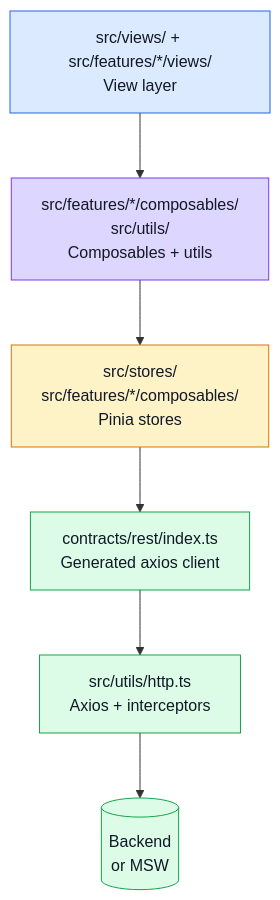
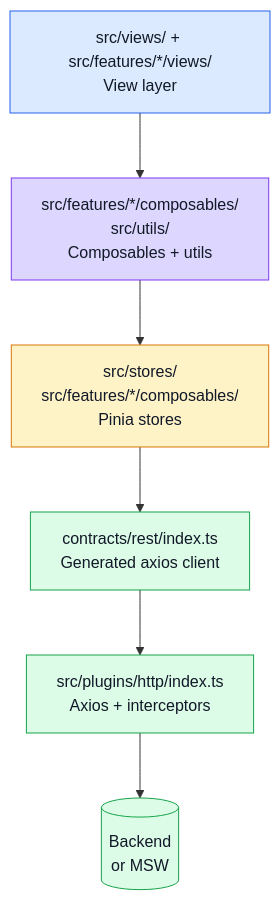
One commit to Guebbit/boilerplate-vue-frontend changed the first of 2 diagrams in docs/theory/layers.md. Above: the diagram before and after it, drawn with Mermaid. The commit also changed other lines of this file and 148 other files, not shown here.

````diff
--- a/docs/theory/layers.md
+++ b/docs/theory/layers.md
@@ -8,18 +8,18 @@
 ```mermaid
 %%{init: {'flowchart': {'nodeSpacing': 45, 'rankSpacing': 65}}}%%
 flowchart TD
     A["src/views/ + src/features/*/views/\nView layer"] --> B["src/features/*/composables/\nsrc/utils/\nComposables + utils"]
     B --> C["src/stores/\nsrc/features/*/composables/\nPinia stores"]
     C --> D["contracts/rest/index.ts\nGenerated axios client"]
-    D --> E["src/utils/http.ts\nAxios + interceptors"]
+    D --> E["src/plugins/http/index.ts\nAxios + interceptors"]
     E --> F[("Backend\nor MSW")]
 
     classDef view fill:#dbeafe,stroke:#2563eb,color:#111827;
     classDef comp fill:#ddd6fe,stroke:#7c3aed,color:#111827;
     classDef store fill:#fef3c7,stroke:#d97706,color:#111827;
     classDef http fill:#dcfce7,stroke:#16a34a,color:#111827;
     class A view;
     class B comp;
     class C store;
     class D,E,F http;
 ```
````
